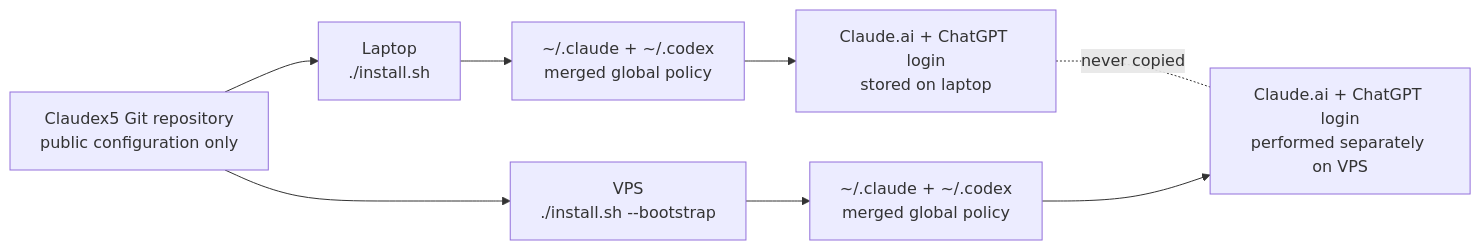
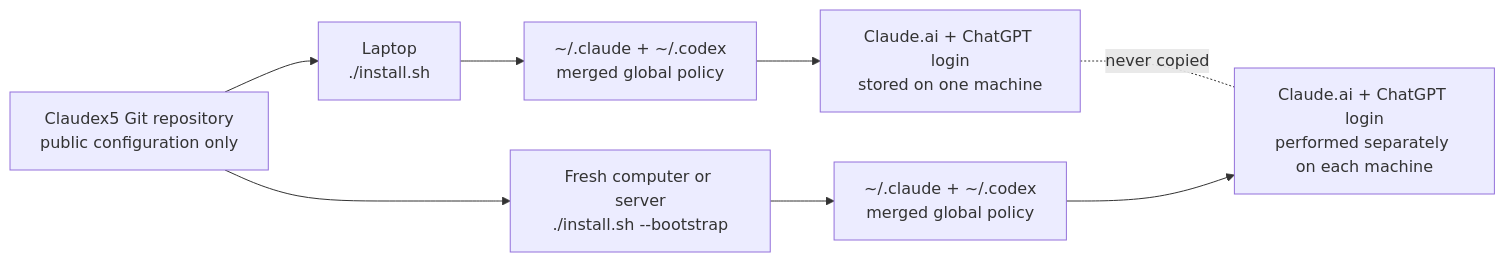
One commit to woongjaejung/claudex5-engineering-harness changed the second of 2 diagrams in README.md. Above: the diagram before and after it, drawn with Mermaid. The commit also changed other lines of this file and 6 other files, not shown here.

````diff
--- a/README.md
+++ b/README.md
@@ -112,10 +112,10 @@
 ```mermaid
 flowchart LR
     GH["Claudex5 Git repository<br/>public configuration only"] --> L["Laptop<br/>./install.sh"]
-    GH --> V["VPS<br/>./install.sh --bootstrap"]
+    GH --> V["Fresh computer or server<br/>./install.sh --bootstrap"]
     L --> LC["~/.claude + ~/.codex<br/>merged global policy"]
     V --> VC["~/.claude + ~/.codex<br/>merged global policy"]
-    LA["Claude.ai + ChatGPT login<br/>stored on laptop"] -. "never copied" .- VA["Claude.ai + ChatGPT login<br/>performed separately on VPS"]
+    LA["Claude.ai + ChatGPT login<br/>stored on one machine"] -. "never copied" .- VA["Claude.ai + ChatGPT login<br/>performed separately on each machine"]
     LC --> LA
     VC --> VA
 ```
````
